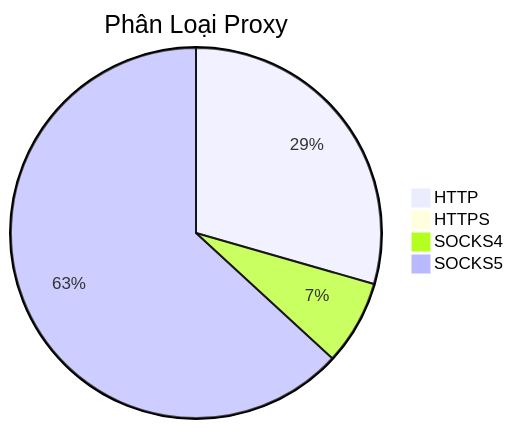
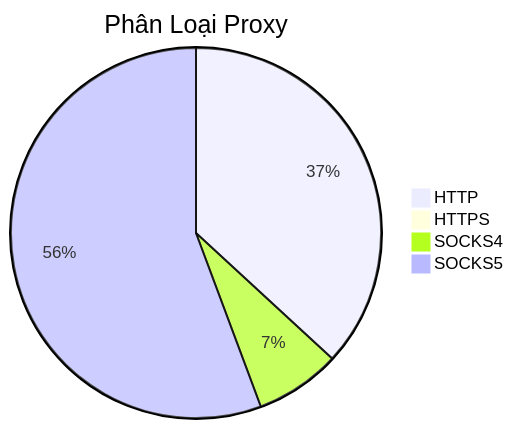
One commit to Ciara-12/PROXY-free changed the diagram in README.md. Above: the diagram before and after it, drawn with Mermaid. The commit also changed other lines of this file and 3 other files, not shown here.

````diff
--- a/README.md
+++ b/README.md
@@ -26,7 +26,7 @@
 ```mermaid
 pie title Phân Loại Proxy
-    "HTTP" : 1199
+    "HTTP" : 1319
     "HTTPS" : 0
-    "SOCKS4" : 301
-    "SOCKS5" : 2572
+    "SOCKS4" : 267
+    "SOCKS5" : 1993
 ```
````
